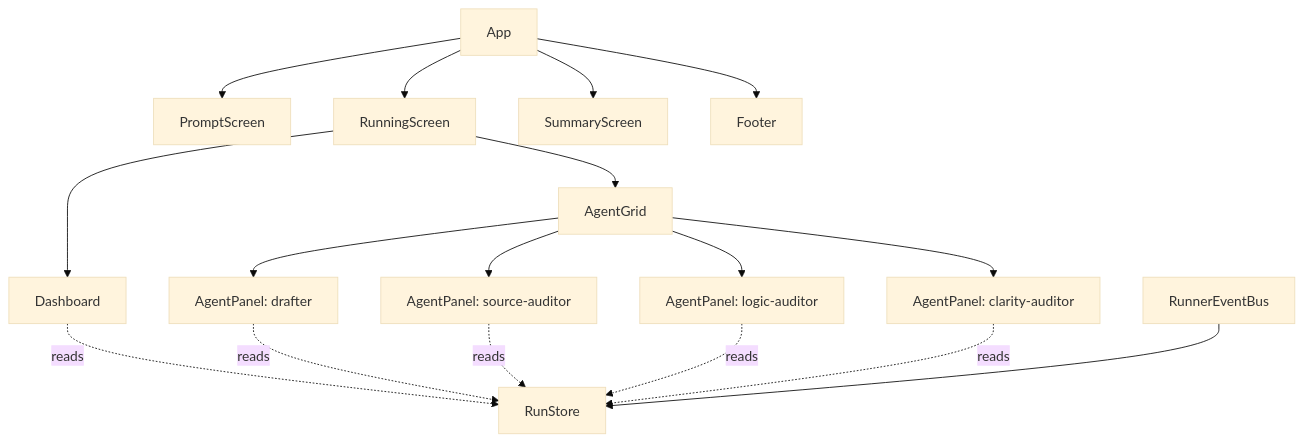
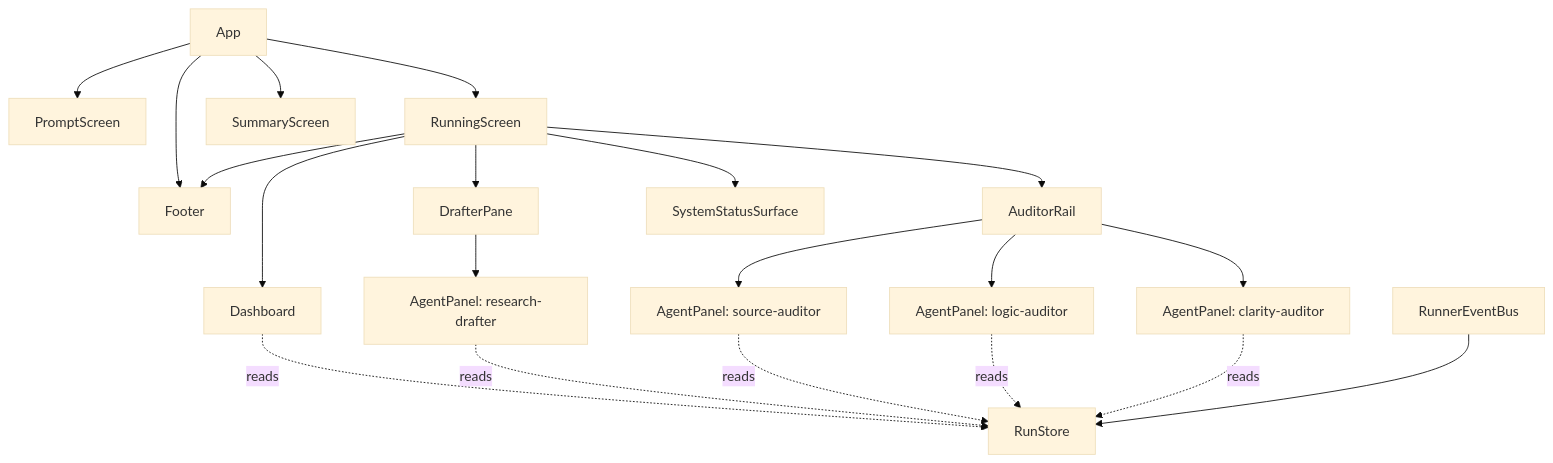
One commit to wcleeah/qurom changed the second of 2 diagrams in docs/tui-implementation-plan.md. Above: the diagram before and after it, drawn with Mermaid (base theme). The commit also changed other lines of this file and 11 other files, not shown here.

````diff
--- a/docs/tui-implementation-plan.md
+++ b/docs/tui-implementation-plan.md
@@ -429,22 +452,25 @@
 ```mermaid
 graph TD
   App --> PromptScreen
   App --> RunningScreen
   App --> SummaryScreen
   App --> Footer
 
   RunningScreen --> Dashboard
-  RunningScreen --> AgentGrid
-  AgentGrid --> AgentPanel_drafter[AgentPanel: drafter]
-  AgentGrid --> AgentPanel_source[AgentPanel: source-auditor]
-  AgentGrid --> AgentPanel_logic[AgentPanel: logic-auditor]
-  AgentGrid --> AgentPanel_clarity[AgentPanel: clarity-auditor]
+  RunningScreen --> DrafterPane
+  RunningScreen --> AuditorRail
+  RunningScreen --> Footer
+  AuditorRail --> AgentPanel_source[AgentPanel: source-auditor]
+  AuditorRail --> AgentPanel_logic[AgentPanel: logic-auditor]
+  AuditorRail --> AgentPanel_clarity[AgentPanel: clarity-auditor]
+  DrafterPane --> AgentPanel_drafter[AgentPanel: research-drafter]
+  RunningScreen --> SystemStatusSurface
 
   Dashboard -. reads .-> RunStore
   AgentPanel_drafter -. reads .-> RunStore
   AgentPanel_source -. reads .-> RunStore
   AgentPanel_logic -. reads .-> RunStore
   AgentPanel_clarity -. reads .-> RunStore
 
   RunnerEventBus --> RunStore
 ```
````
